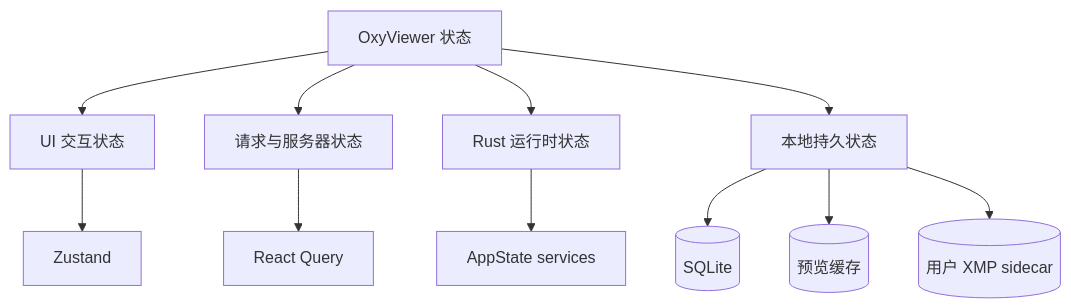
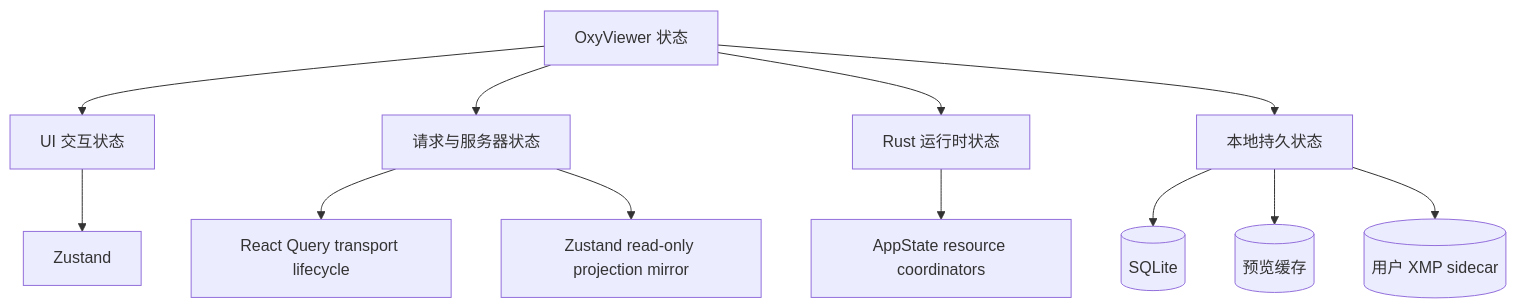
Before and after one commit to oxygenkun/oxyviewer: the first of 3 diagrams in docs/architecture/05-data-and-state.md, drawn with Mermaid. The commit also changed other lines of this file and 33 other files, not shown here.

````diff
--- a/docs/architecture/05-data-and-state.md
+++ b/docs/architecture/05-data-and-state.md
@@ -8,14 +8,15 @@
 ```mermaid
 flowchart TD
     app["OxyViewer 状态"] --> uiState["UI 交互状态"]
     app --> requestState["请求与服务器状态"]
     app --> runtimeState["Rust 运行时状态"]
     app --> persistentState["本地持久状态"]
 
     uiState --> zustand["Zustand"]
-    requestState --> reactQuery["React Query"]
-    runtimeState --> appState["AppState services"]
+    requestState --> reactQuery["React Query transport lifecycle"]
+    requestState --> projectionMirror["Zustand read-only projection mirror"]
+    runtimeState --> appState["AppState resource coordinators"]
     persistentState --> sqlite[("SQLite")]
     persistentState --> previews[("预览缓存")]
     persistentState --> xmp[("用户 XMP sidecar")]
 ```
````
